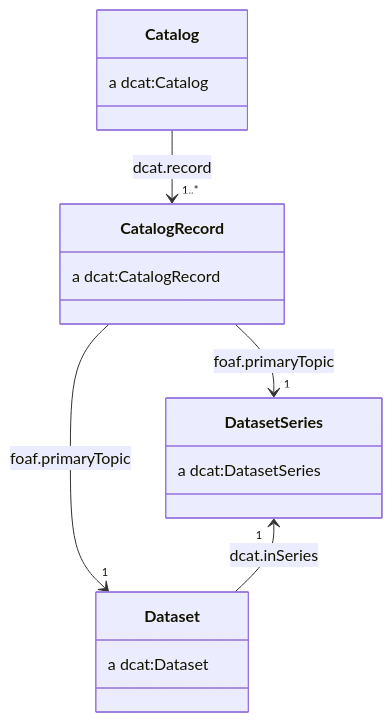
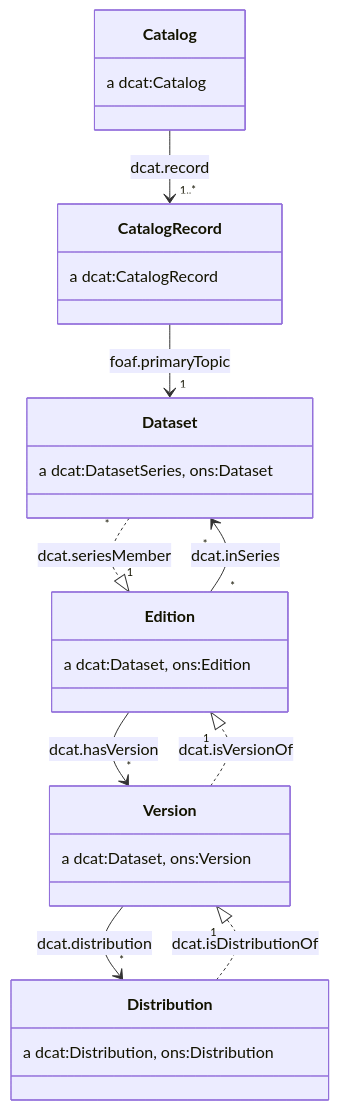
One commit to ONSdigital/application-profile changed the first of 3 diagrams in cataloguing.md. Above: the diagram before and after it, drawn with Mermaid.

Commit message:
Updated class diagram

````diff
--- a/cataloguing.md
+++ b/cataloguing.md
@@ -7,21 +7,32 @@
 ```mermaid
 classDiagram
     class Catalog {
         a dcat:Catalog
     }
     class CatalogRecord {
         a dcat:CatalogRecord
     }
-    class DatasetSeries{
-        a dcat:DatasetSeries
+    class Dataset{
+        a dcat:DatasetSeries, ons:Dataset
     }
-    class Dataset {
-        a dcat:Dataset
+    class Edition {
+        a dcat:Dataset, ons:Edition
+    }
+    class Version {
+        a dcat:Dataset, ons:Version
+    }
+    class Distribution {
+        a dcat:Distribution, ons:Distribution
     }
 
     Catalog --> "1..*" CatalogRecord : dcat.record
-    CatalogRecord --> "1" DatasetSeries : foaf.primaryTopic
     CatalogRecord --> "1" Dataset : foaf.primaryTopic
 
-    DatasetSeries "1" <-- Dataset : dcat.inSeries
+    Edition --> "*" Version : dcat.hasVersion
+    Version --> "*" Distribution : dcat.distribution
+
+    Edition "*" --> "*" Dataset : dcat.inSeries
+    Distribution ..|> "1" Version : dcat.isDistributionOf
+    Version ..|> "1" Edition : dcat.isVersionOf
+    Dataset "*" ..|> "1" Edition : dcat.seriesMember
 ```
````
